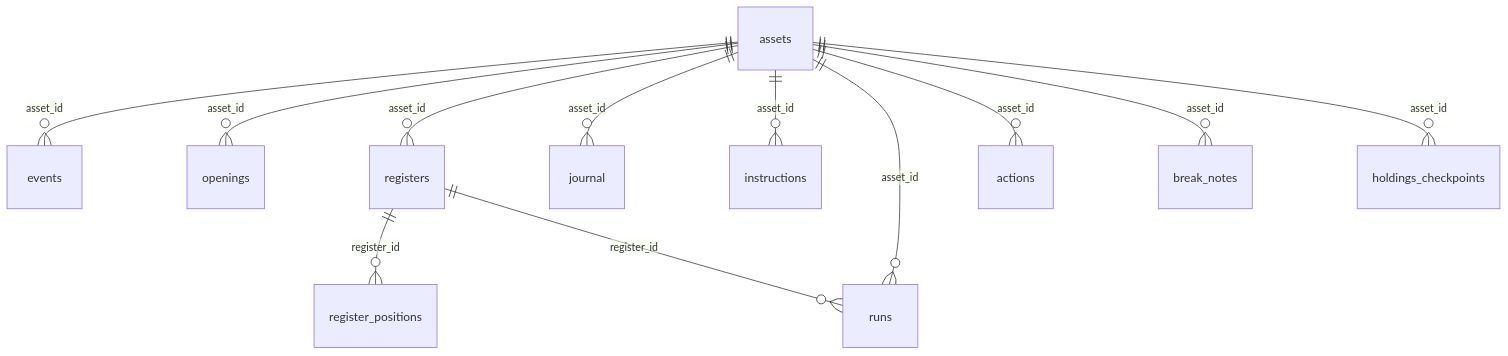
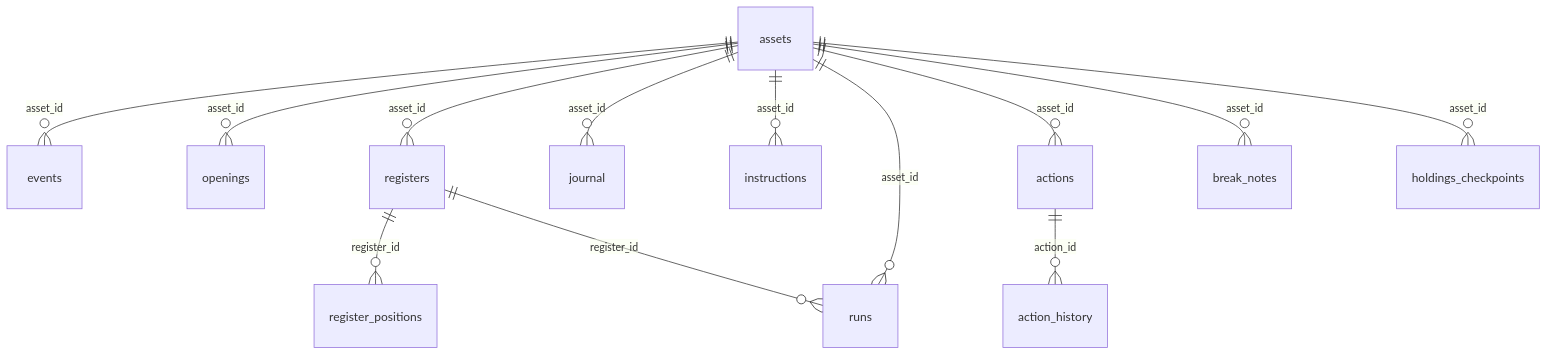
The first of 2 diagrams in docs/schema.md (useconcord/concord), drawn with Mermaid before and after one commit. The commit also changed other lines of this file and 9 other files, not shown here.

````diff
--- a/docs/schema.md
+++ b/docs/schema.md
@@ -39,14 +39,15 @@
 ```mermaid
 erDiagram
     assets ||--o{ events : "asset_id"
     assets ||--o{ openings : "asset_id"
     assets ||--o{ registers : "asset_id"
     assets ||--o{ journal : "asset_id"
     assets ||--o{ instructions : "asset_id"
     assets ||--o{ runs : "asset_id"
     assets ||--o{ actions : "asset_id"
     assets ||--o{ break_notes : "asset_id"
     assets ||--o{ holdings_checkpoints : "asset_id"
+    actions ||--o{ action_history : "action_id"
     registers ||--o{ register_positions : "register_id"
     registers ||--o{ runs : "register_id"
 ```
````
